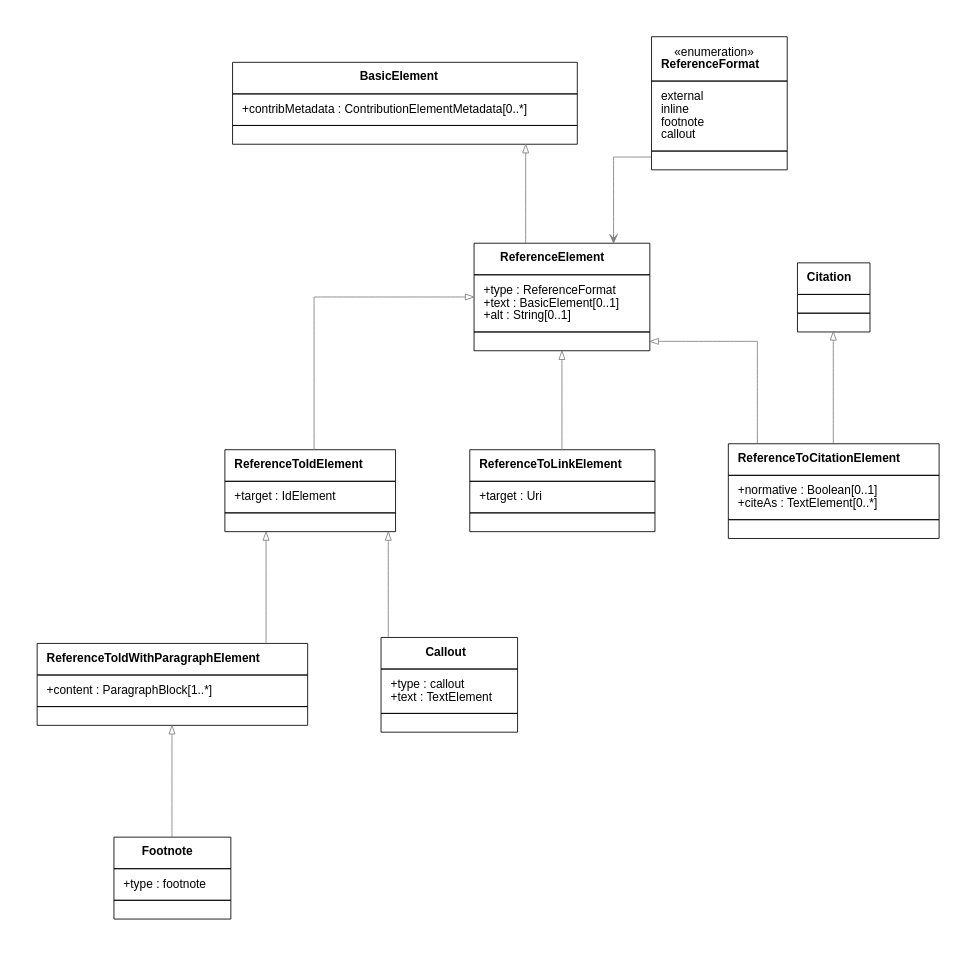
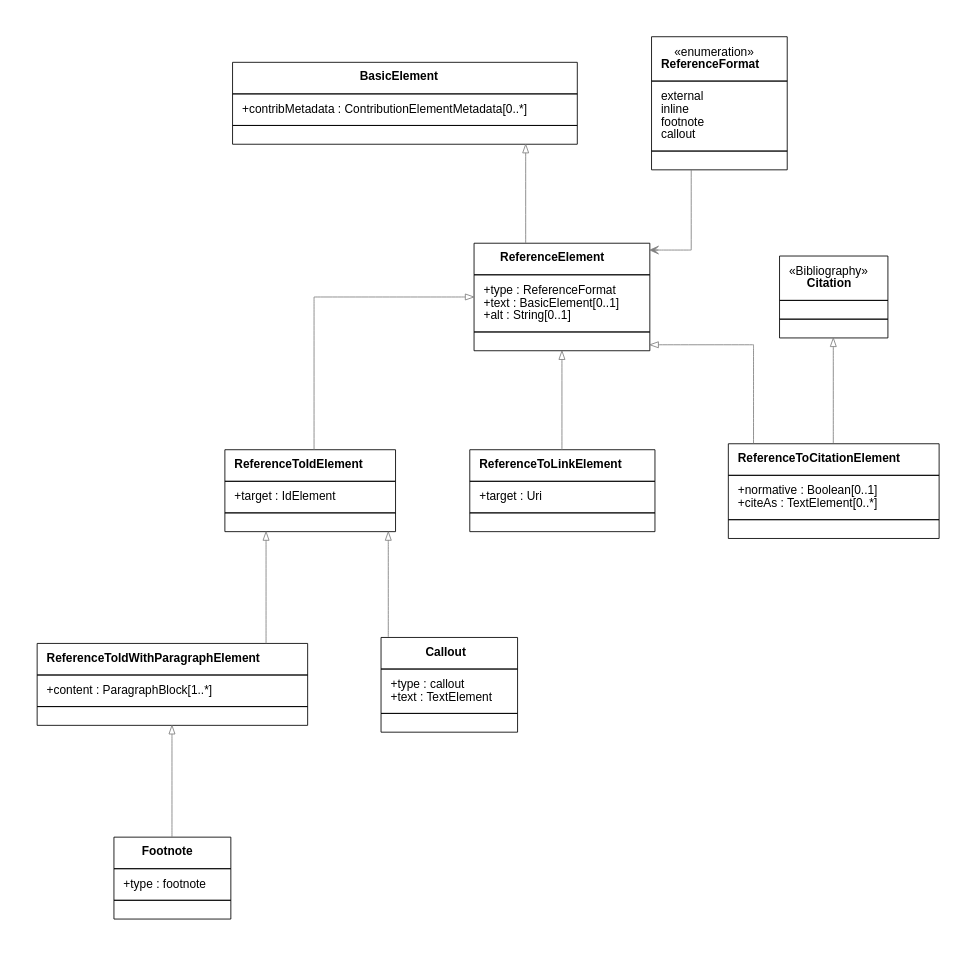
Before and after one commit to metanorma/basicdoc-models: the diagram in models/ReferenceElements.dot, drawn with Graphviz. The commit also changed 35 other files, not shown here.

```diff
--- a/models/ReferenceElements.dot
+++ b/models/ReferenceElements.dot
@@ -63,7 +63,7 @@
     label=<<TABLE BORDER="0" CELLBORDER="1" CELLSPACING="0" CELLPADDING="10">
     <TR>
     <TD><TABLE BORDER="0" CELLPADDING="0" CELLSPACING="0">
-    <TR><TD ALIGN="CENTER"><B>Citation</B></TD></TR>
+    <TR><TD ALIGN="CENTER">«Bibliography»</TD></TR>\n<TR><TD ALIGN="CENTER"><B>Citation</B></TD></TR>
   </TABLE>
   </TD>
   </TR>
```
